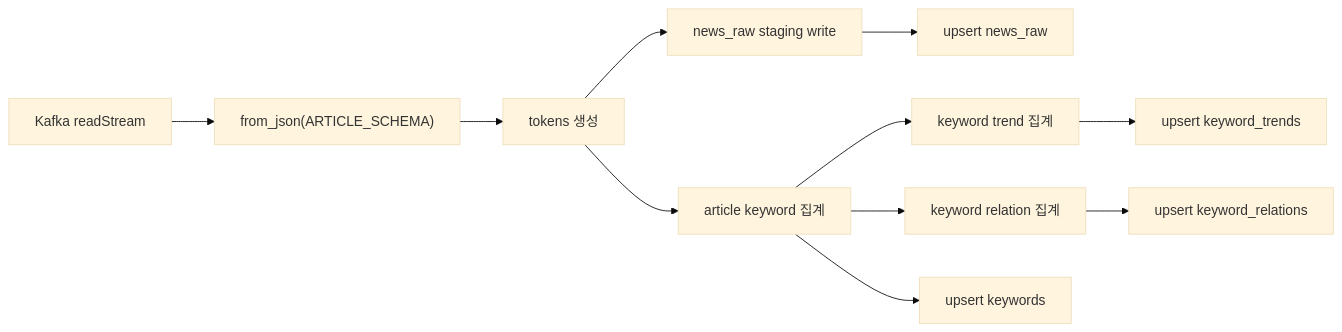
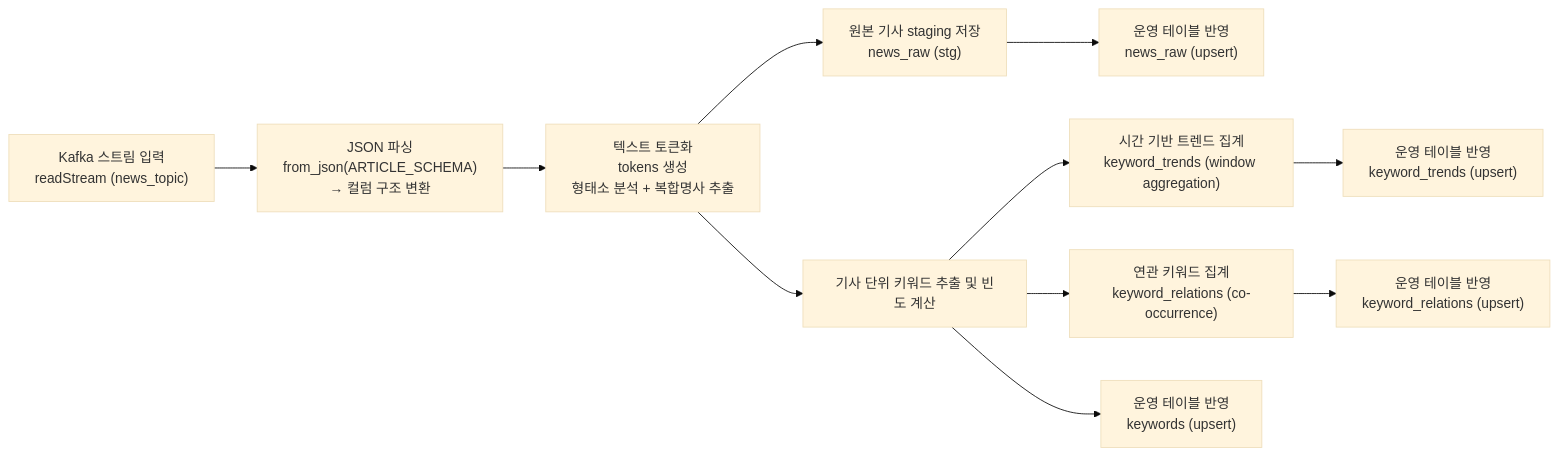
Before and after one commit to yeongmin-yu/news-trend-pipeline-dev: the diagram in docs/design/STEP2-1_SPARK.md, drawn with Mermaid (base theme). The commit also changed 7 other files, not shown here.

````diff
--- a/docs/design/STEP2-1_SPARK.md
+++ b/docs/design/STEP2-1_SPARK.md
@@ -14,13 +14,24 @@
 ```mermaid
 flowchart LR
-    A["Kafka readStream"] --> B["from_json(ARTICLE_SCHEMA)"]
-    B --> C["tokens 생성"]
-    C --> D["news_raw staging write"]
-    C --> E["article keyword 집계"]
-    E --> F["keyword trend 집계"]
-    E --> G["keyword relation 집계"]
-    D --> H["upsert news_raw"]
-    E --> I["upsert keywords"]
-    F --> J["upsert keyword_trends"]
-    G --> K["upsert keyword_relations"]
+    %% 입력
+    A["Kafka 스트림 입력<br/>readStream (news_topic)"] --> B["JSON 파싱<br/>from_json(ARTICLE_SCHEMA)<br/>→ 컬럼 구조 변환"]
+
+    %% 전처리
+    B --> C["텍스트 토큰화<br/>tokens 생성<br/>형태소 분석 + 복합명사 추출"]
+
+    %% staging 저장
+    C --> D["원본 기사 staging 저장<br/>news_raw (stg)"]
+
+    %% 키워드 처리
+    C --> E["기사 단위 키워드 추출 및 빈도 계산"]
+
+    %% 집계
+    E --> F["시간 기반 트렌드 집계<br/>keyword_trends (window aggregation)"]
+    E --> G["연관 키워드 집계<br/>keyword_relations (co-occurrence)"]
+
+    %% 최종 테이블 반영 (upsert)
+    D --> H["운영 테이블 반영<br/>news_raw (upsert)"]
+    E --> I["운영 테이블 반영<br/>keywords (upsert)"]
+    F --> J["운영 테이블 반영<br/>keyword_trends (upsert)"]
+    G --> K["운영 테이블 반영<br/>keyword_relations (upsert)"]
 ```
````
